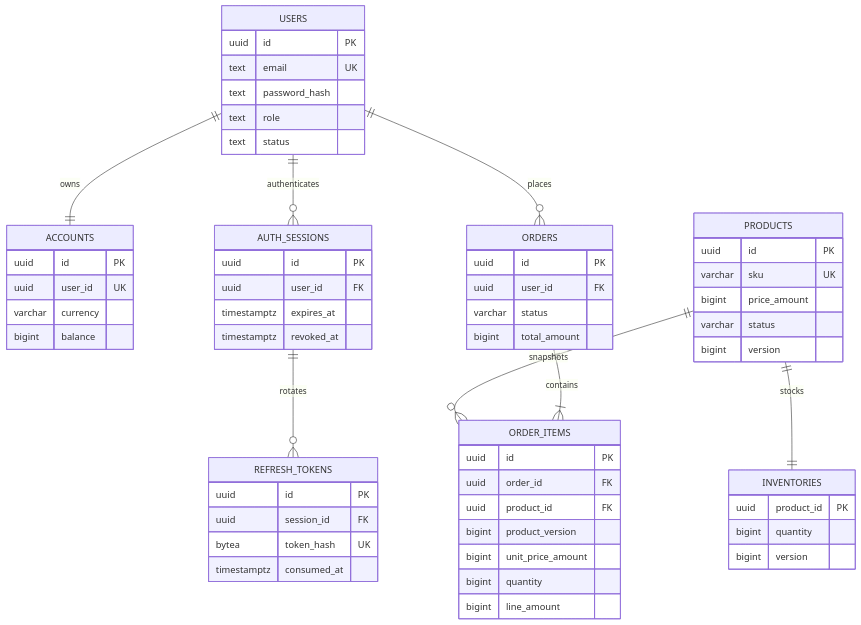
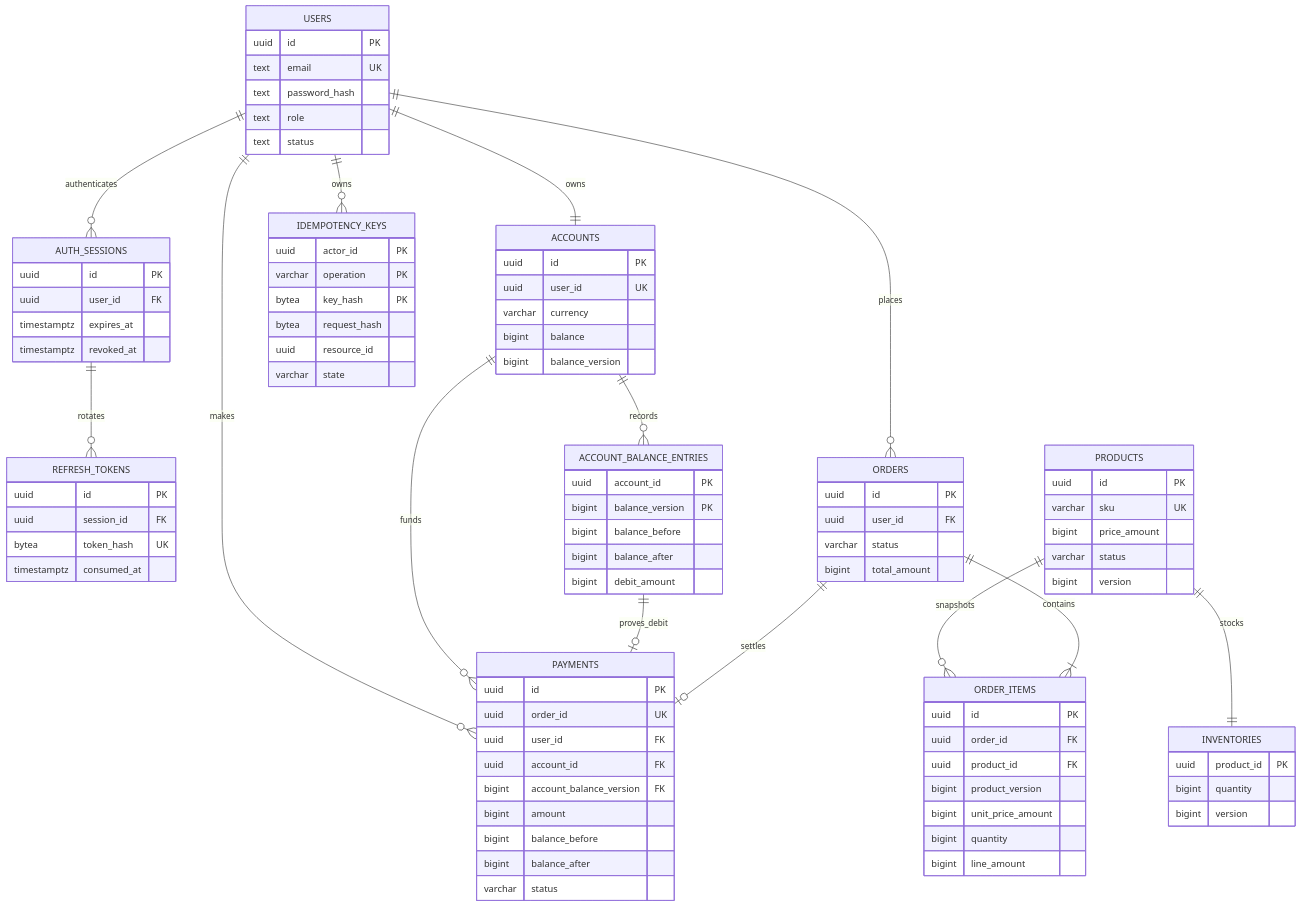
Before and after one commit to assumeengagetry/Distirbuted_Commerce: the second of 2 diagrams in README.md, drawn with Mermaid. The commit also changed other lines of this file and 81 other files, not shown here.

````diff
--- a/README.md
+++ b/README.md
@@ -177,6 +231,12 @@
     PRODUCTS ||--|| INVENTORIES : stocks
     PRODUCTS ||--o{ ORDER_ITEMS : snapshots
     ORDERS ||--|{ ORDER_ITEMS : contains
+    USERS ||--o{ IDEMPOTENCY_KEYS : owns
+    USERS ||--o{ PAYMENTS : makes
+    ACCOUNTS ||--o{ PAYMENTS : funds
+    ACCOUNTS ||--o{ ACCOUNT_BALANCE_ENTRIES : records
+    ACCOUNT_BALANCE_ENTRIES ||--o| PAYMENTS : proves_debit
+    ORDERS ||--o| PAYMENTS : settles
 
     USERS {
         uuid id PK
@@ -190,6 +250,7 @@
         uuid user_id UK
         varchar currency
         bigint balance
+        bigint balance_version
     }
     AUTH_SESSIONS {
         uuid id PK
@@ -230,4 +291,30 @@
         bigint quantity
         bigint line_amount
     }
+    IDEMPOTENCY_KEYS {
+        uuid actor_id PK
+        varchar operation PK
+        bytea key_hash PK
+        bytea request_hash
+        uuid resource_id
+        varchar state
+    }
+    ACCOUNT_BALANCE_ENTRIES {
+        uuid account_id PK
+        bigint balance_version PK
+        bigint balance_before
+        bigint balance_after
+        bigint debit_amount
+    }
+    PAYMENTS {
+        uuid id PK
+        uuid order_id UK
+        uuid user_id FK
+        uuid account_id FK
+        bigint account_balance_version FK
+        bigint amount
+        bigint balance_before
+        bigint balance_after
+        varchar status
+    }
 ```
````
